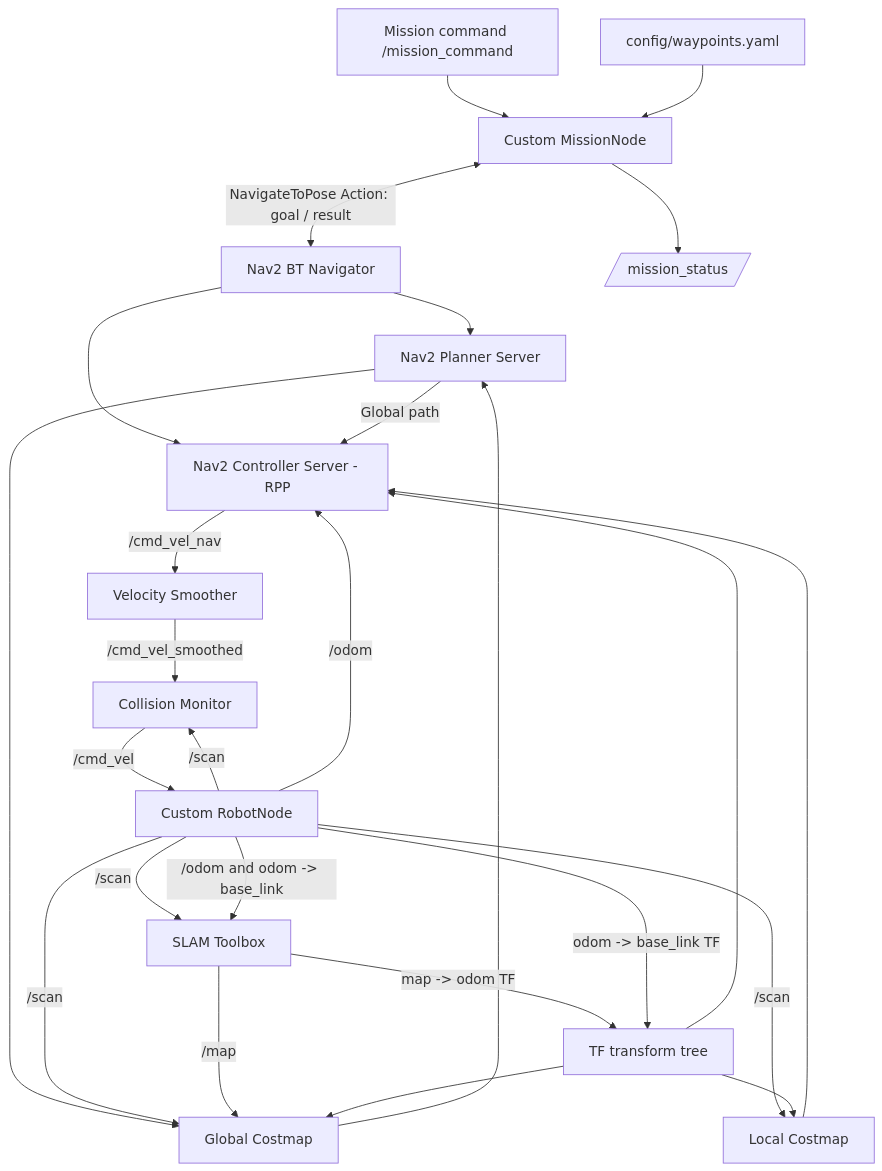
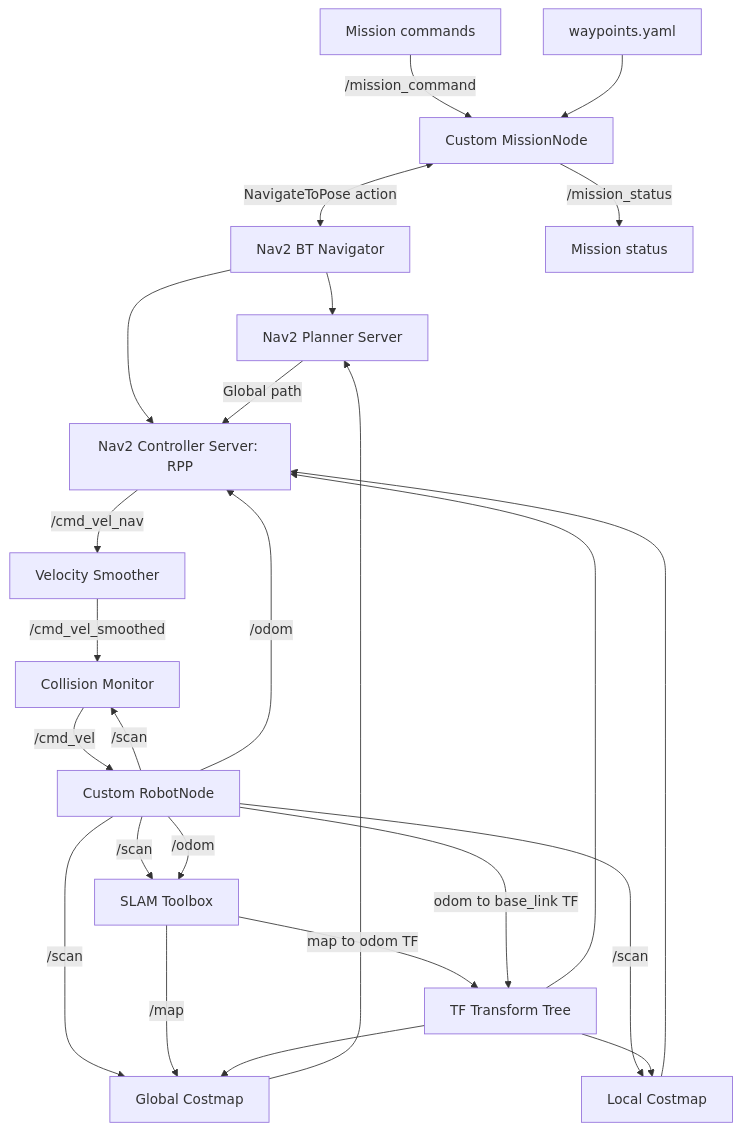
The diagram in README.md (Zengweiji1645/ros2-autonomous-mobile-robot), drawn with Mermaid before and after one commit. The commit also changed other lines of this file, not shown here.

````diff
--- a/README.md
+++ b/README.md
@@ -23,31 +19,30 @@
 ```mermaid
 flowchart TD
-    User[Mission command /mission_command] --> Mission[Custom MissionNode]
-    Config[config/waypoints.yaml] --> Mission
-    Mission <-->|NavigateToPose Action: goal / result| BT[Nav2 BT Navigator]
-    Mission --> Status[/mission_status/]
+    User[Mission commands] -->|/mission_command| Mission[Custom MissionNode]
+    Config[waypoints.yaml] --> Mission
+    Mission <-->|NavigateToPose action| BT[Nav2 BT Navigator]
+    Mission -->|/mission_status| Status[Mission status]
 
     BT --> Planner[Nav2 Planner Server]
-    BT --> Controller[Nav2 Controller Server - RPP]
-    Planner --> Global[Global Costmap]
-    Global --> Planner
+    BT --> Controller[Nav2 Controller Server: RPP]
+    Global[Global Costmap] --> Planner
     Planner -->|Global path| Controller
     Local[Local Costmap] --> Controller
 
     Controller -->|/cmd_vel_nav| Smoother[Velocity Smoother]
     Smoother -->|/cmd_vel_smoothed| Monitor[Collision Monitor]
     Monitor -->|/cmd_vel| Robot[Custom RobotNode]
 
     Robot -->|/scan| SLAM[SLAM Toolbox]
-    Robot -->|/odom and odom -> base_link| SLAM
+    Robot -->|/odom| SLAM
     Robot -->|/scan| Global
     Robot -->|/scan| Local
     Robot -->|/scan| Monitor
     Robot -->|/odom| Controller
     SLAM -->|/map| Global
-    SLAM -->|map -> odom TF| TF[TF transform tree]
-    Robot -->|odom -> base_link TF| TF
+    SLAM -->|map to odom TF| TF[TF Transform Tree]
+    Robot -->|odom to base_link TF| TF
     TF --> Global
     TF --> Local
     TF --> Controller
 ```
````
